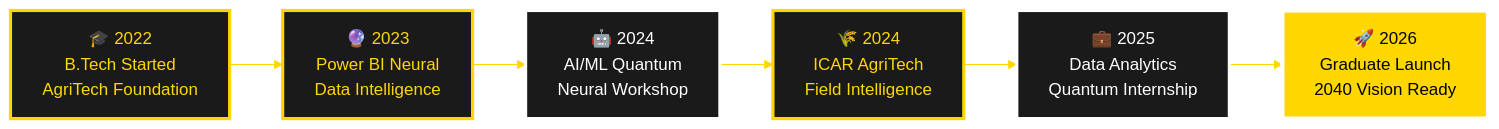
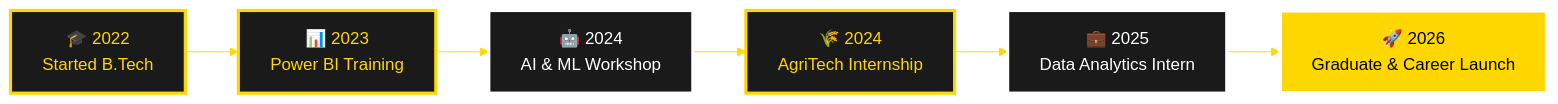
One commit to gokul2005083-source/gokul2005083-source- changed the diagram in README.md. Above: the diagram before and after it, drawn with Mermaid. The commit also changed other lines of this file, not shown here.

````diff
--- a/README.md
+++ b/README.md
@@ -518,17 +462,17 @@
 ```mermaid
 %%{init: {'theme':'base', 'themeVariables': { 'primaryColor':'#FFD700','primaryTextColor':'#000000','primaryBorderColor':'#FFFFFF','lineColor':'#FFD700','secondaryColor':'#FFFFFF','tertiaryColor':'#1a1a1a'}}}%%
 
 graph LR
-    A[🎓 2022<br/>B.Tech Started<br/>AgriTech Foundation] --> B[🔮 2023<br/>Power BI Neural<br/>Data Intelligence]
-    B --> C[🤖 2024<br/>AI/ML Quantum<br/>Neural Workshop]
-    C --> D[🌾 2024<br/>ICAR AgriTech<br/>Field Intelligence]
-    D --> E[💼 2025<br/>Data Analytics<br/>Quantum Internship]
-    E --> F[🚀 2026<br/>Graduate Launch<br/>2040 Vision Ready]
+    A[🎓 2022<br/>Started B.Tech] --> B[📊 2023<br/>Power BI Training]
+    B --> C[🤖 2024<br/>AI & ML Workshop]
+    C --> D[🌾 2024<br/>AgriTech Internship]
+    D --> E[💼 2025<br/>Data Analytics Intern]
+    E --> F[🚀 2026<br/>Graduate & Career Launch]
     
     style A fill:#1a1a1a,stroke:#FFD700,stroke-width:3px,color:#FFD700
     style B fill:#1a1a1a,stroke:#FFD700,stroke-width:3px,color:#FFD700
     style C fill:#1a1a1a,stroke:#FFFFFF,stroke-width:3px,color:#FFFFFF
     style D fill:#1a1a1a,stroke:#FFD700,stroke-width:3px,color:#FFD700
     style E fill:#1a1a1a,stroke:#FFFFFF,stroke-width:3px,color:#FFFFFF
     style F fill:#FFD700,stroke:#FFFFFF,stroke-width:4px,color:#000000
 ```
````
